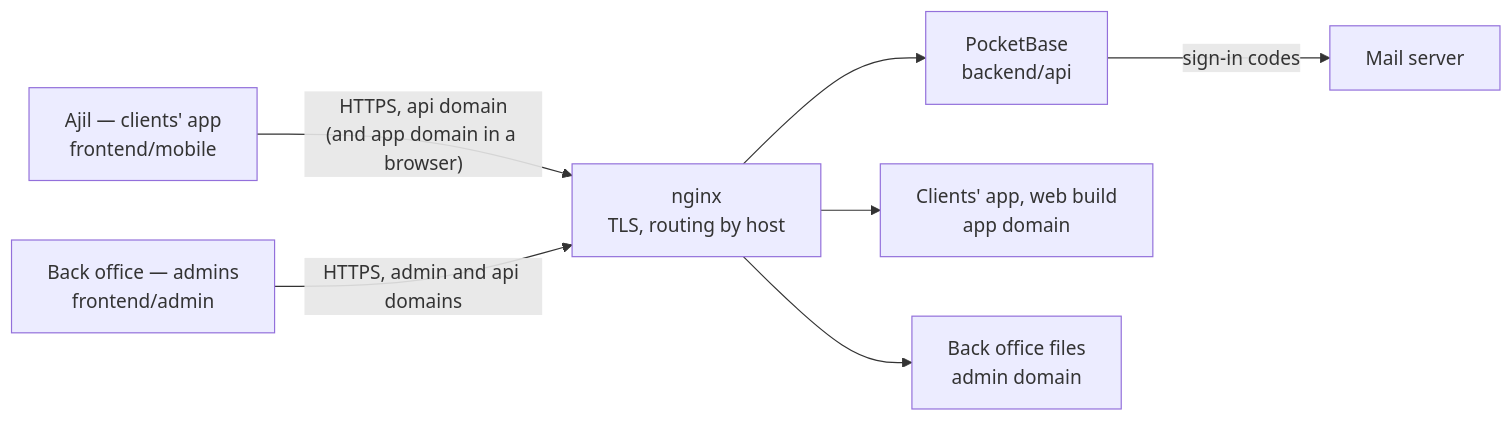
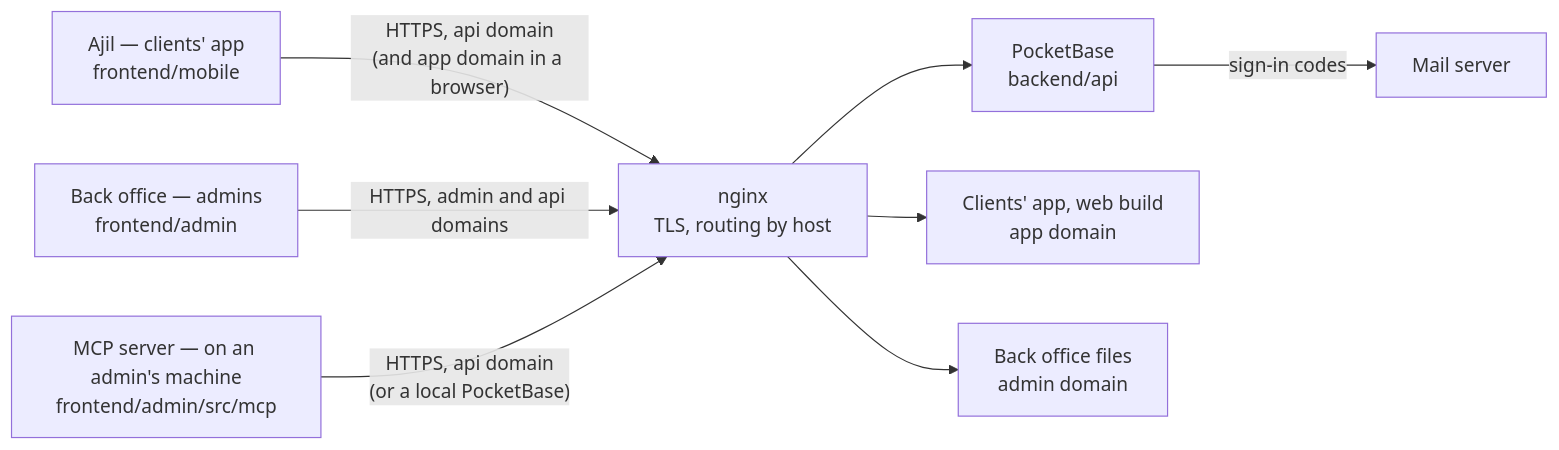
One commit to ndegheselle/Aventurette-web changed the first of 3 diagrams in docs/architecture.md. Above: the diagram before and after it, drawn with Mermaid. The commit also changed other lines of this file and 58 other files, not shown here.

````diff
--- a/docs/architecture.md
+++ b/docs/architecture.md
@@ -13,17 +13,19 @@
 ```mermaid
 flowchart LR
     phone["Ajil — clients' app<br/>frontend/mobile"]
     browser["Back office — admins<br/>frontend/admin"]
+    mcp["MCP server — on an admin's machine<br/>frontend/admin/src/mcp"]
     nginx["nginx<br/>TLS, routing by host"]
     api["PocketBase<br/>backend/api"]
     appweb["Clients' app, web build<br/>app domain"]
     spa["Back office files<br/>admin domain"]
     smtp["Mail server"]
 
     phone -- "HTTPS, api domain<br/>(and app domain in a browser)" --> nginx
     browser -- "HTTPS, admin and api domains" --> nginx
+    mcp -- "HTTPS, api domain<br/>(or a local PocketBase)" --> nginx
     nginx --> api
     nginx --> appweb
     nginx --> spa
     api -- "sign-in codes" --> smtp
 ```
````
